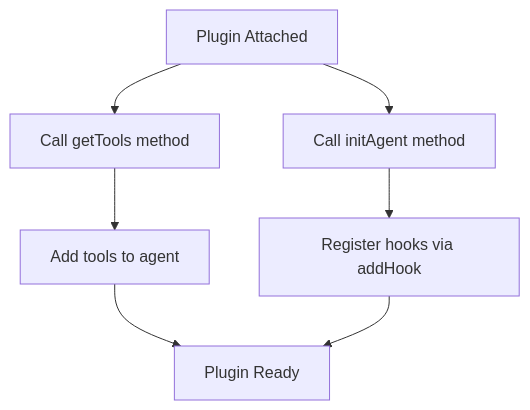
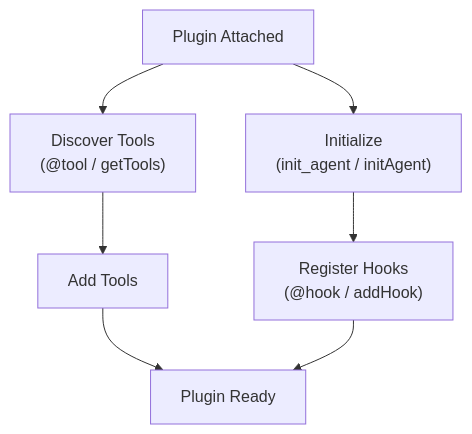
Before and after one commit to zastrowm/docs: the diagram in src/content/docs/user-guide/concepts/plugins/index.mdx, drawn with Mermaid. The commit also changed other lines of this file, not shown here.

Commit message:
Unify Diagram

````diff
--- a/src/content/docs/user-guide/concepts/plugins/index.mdx
+++ b/src/content/docs/user-guide/concepts/plugins/index.mdx
@@ -129,9 +123,9 @@
 ```mermaid
 flowchart TD
-    A[Plugin Attached] --> B[Call getTools method]
-    A --> C[Call initAgent method]
-    B --> D[Add tools to agent]
-    C --> E[Register hooks via addHook]
+    A[Plugin Attached] --> B["Discover Tools\n(@tool / getTools)"]
+    A --> C["Initialize\n(init_agent / initAgent)"]
+    B --> D[Add Tools]
+    C --> E["Register Hooks\n(@hook / addHook)"]
     D --> F[Plugin Ready]
     E --> F
 ```
````
